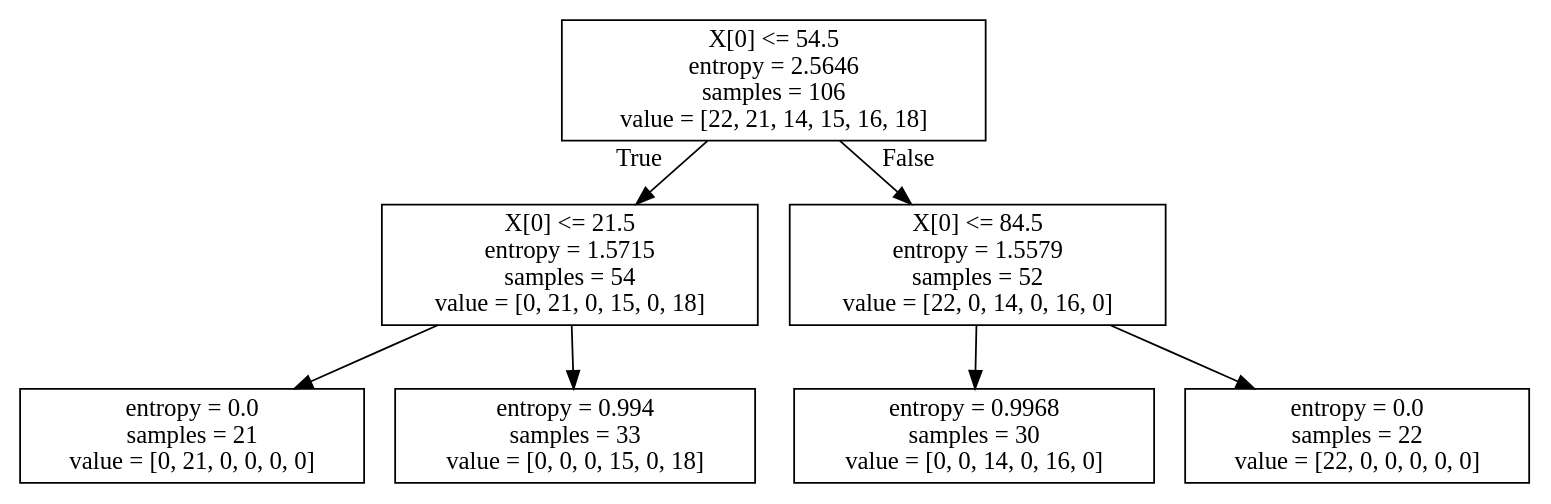
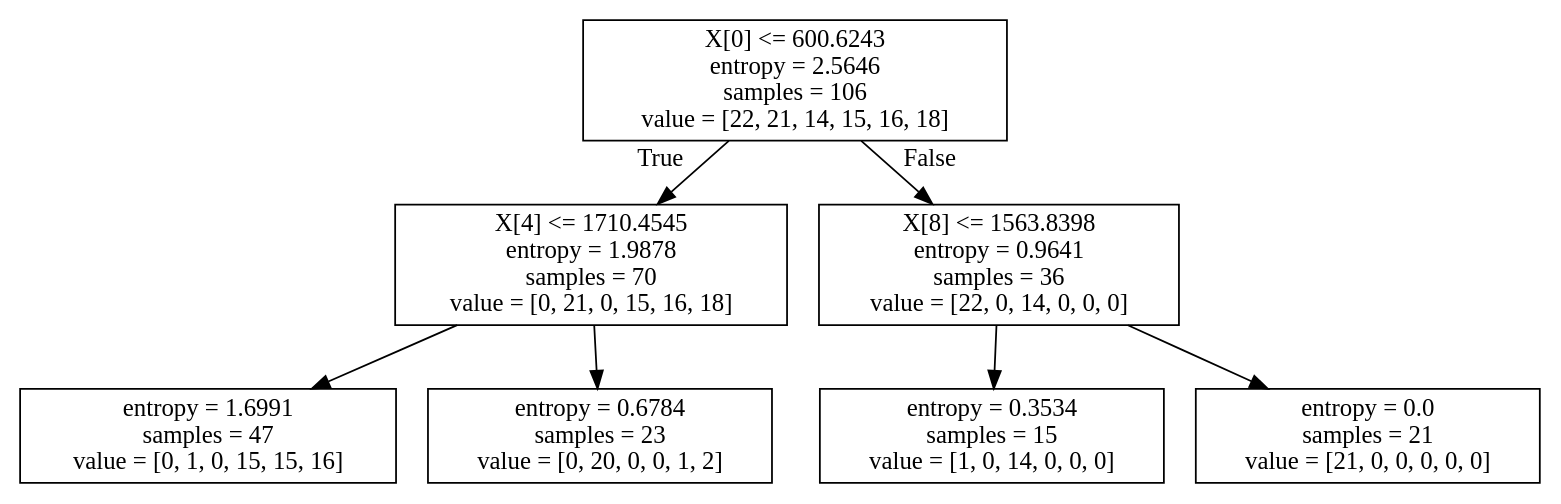
The diagram in decision_tree_entropy.dot (FarzanMemarian/dm-hw4), drawn with Graphviz before and after one commit. The commit also changed 4 other files, not shown here.

```diff
--- a/decision_tree_entropy.dot
+++ b/decision_tree_entropy.dot
@@ -1,16 +1,16 @@
 digraph Tree {
 node [shape=box] ;
-0 [label="X[0] <= 54.5\nentropy = 2.5646\nsamples = 106\nvalue = [22, 21, 14, 15, 16, 18]"] ;
-1 [label="X[0] <= 21.5\nentropy = 1.5715\nsamples = 54\nvalue = [0, 21, 0, 15, 0, 18]"] ;
+0 [label="X[0] <= 600.6243\nentropy = 2.5646\nsamples = 106\nvalue = [22, 21, 14, 15, 16, 18]"] ;
+1 [label="X[4] <= 1710.4545\nentropy = 1.9878\nsamples = 70\nvalue = [0, 21, 0, 15, 16, 18]"] ;
 0 -> 1 [labeldistance=2.5, labelangle=45, headlabel="True"] ;
-2 [label="entropy = 0.0\nsamples = 21\nvalue = [0, 21, 0, 0, 0, 0]"] ;
+2 [label="entropy = 1.6991\nsamples = 47\nvalue = [0, 1, 0, 15, 15, 16]"] ;
 1 -> 2 ;
-3 [label="entropy = 0.994\nsamples = 33\nvalue = [0, 0, 0, 15, 0, 18]"] ;
+3 [label="entropy = 0.6784\nsamples = 23\nvalue = [0, 20, 0, 0, 1, 2]"] ;
 1 -> 3 ;
-4 [label="X[0] <= 84.5\nentropy = 1.5579\nsamples = 52\nvalue = [22, 0, 14, 0, 16, 0]"] ;
+4 [label="X[8] <= 1563.8398\nentropy = 0.9641\nsamples = 36\nvalue = [22, 0, 14, 0, 0, 0]"] ;
 0 -> 4 [labeldistance=2.5, labelangle=-45, headlabel="False"] ;
-5 [label="entropy = 0.9968\nsamples = 30\nvalue = [0, 0, 14, 0, 16, 0]"] ;
+5 [label="entropy = 0.3534\nsamples = 15\nvalue = [1, 0, 14, 0, 0, 0]"] ;
 4 -> 5 ;
-6 [label="entropy = 0.0\nsamples = 22\nvalue = [22, 0, 0, 0, 0, 0]"] ;
+6 [label="entropy = 0.0\nsamples = 21\nvalue = [21, 0, 0, 0, 0, 0]"] ;
 4 -> 6 ;
 }
```
